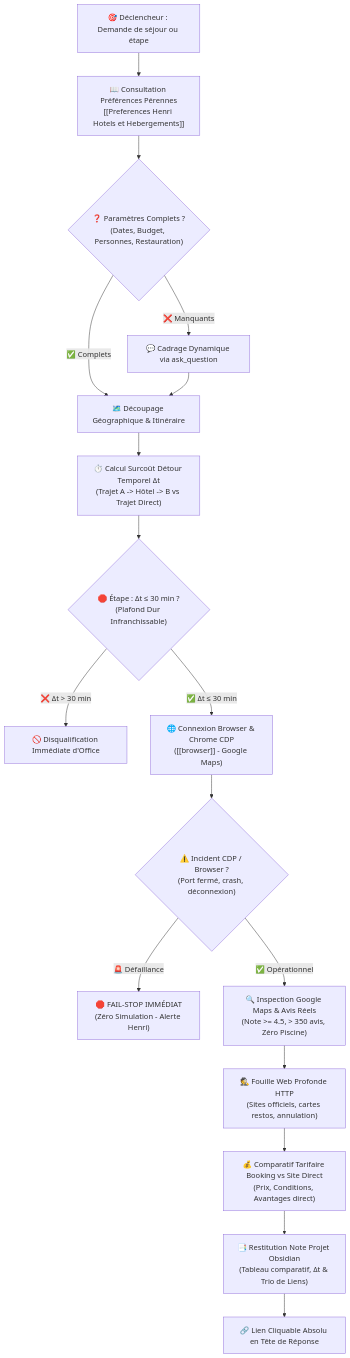
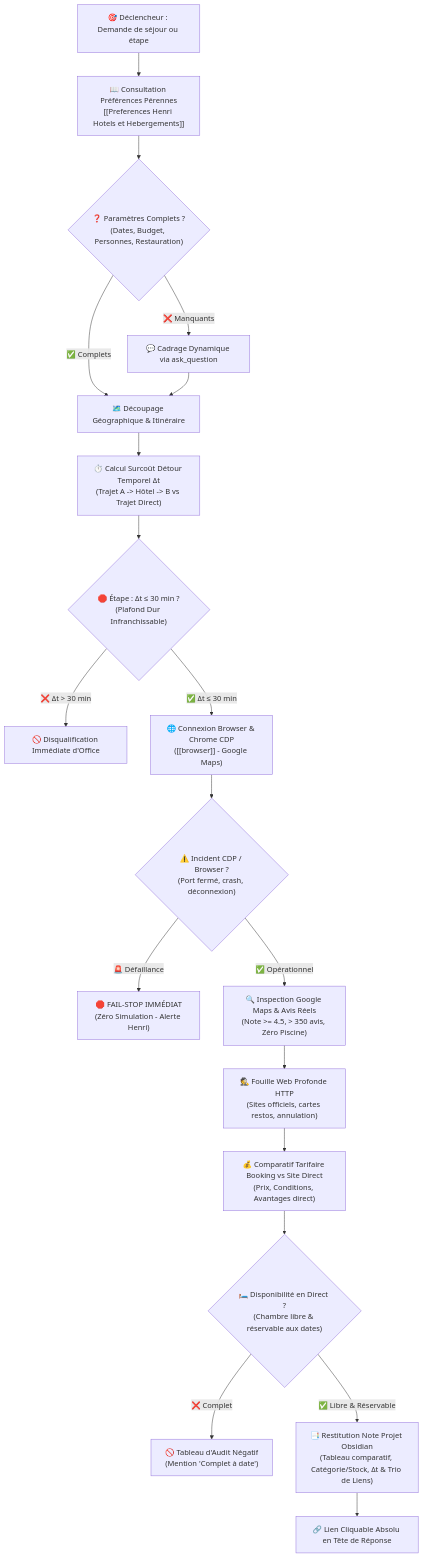
Before and after one commit to hjamet/cursor-memory-bank: the diagram in src/skills/hotel-scout/SKILL.md, drawn with Mermaid. The commit also changed other lines of this file, not shown here.

Commit message:
feat(hotel-scout): audit obligatoire des disponibilites reelles en direct

````diff
--- a/src/skills/hotel-scout/SKILL.md
+++ b/src/skills/hotel-scout/SKILL.md
@@ -8,19 +8,21 @@
 ```mermaid
 flowchart TD
     A["🎯 Déclencheur : Demande de séjour ou étape"] --> B["📖 Consultation Préférences Pérennes<br/>[[Preferences Henri Hotels et Hebergements]]"]
     B --> C{"❓ Paramètres Complets ?<br/>(Dates, Budget, Personnes, Restauration)"}
     C -->|❌ Manquants| D["💬 Cadrage Dynamique via ask_question"]
     C -->|✅ Complets| E["🗺️ Découpage Géographique & Itinéraire"]
     D --> E
     E --> F["⏱️ Calcul Surcoût Détour Temporel Δt<br/>(Trajet A -> Hôtel -> B vs Trajet Direct)"]
     F --> F_CHECK{"🛑 Étape : Δt ≤ 30 min ?<br/>(Plafond Dur Infranchissable)"}
     F_CHECK -->|❌ Δt > 30 min| F_DISQ["🚫 Disqualification Immédiate d'Office"]
     F_CHECK -->|✅ Δt ≤ 30 min| G["🌐 Connexion Browser & Chrome CDP<br/>([[browser]] - Google Maps)"]
     G --> H{"⚠️ Incident CDP / Browser ?<br/>(Port fermé, crash, déconnexion)"}
     H -->|🚨 Défaillance| I["🛑 FAIL-STOP IMMÉDIAT<br/>(Zéro Simulation - Alerte Henri)"]
     H -->|✅ Opérationnel| J["🔍 Inspection Google Maps & Avis Réels<br/>(Note >= 4.5, > 350 avis, Zéro Piscine)"]
     J --> K["🕵️ Fouille Web Profonde HTTP<br/>(Sites officiels, cartes restos, annulation)"]
     K --> L["💰 Comparatif Tarifaire Booking vs Site Direct<br/>(Prix, Conditions, Avantages direct)"]
-    L --> M["📑 Restitution Note Projet Obsidian<br/>(Tableau comparatif, Δt & Trio de Liens)"]
+    L --> DISPO{"🛏️ Disponibilité en Direct ?<br/>(Chambre libre & réservable aux dates)"}
+    DISPO -->|❌ Complet| ELIM["🚫 Tableau d'Audit Négatif<br/>(Mention 'Complet à date')"]
+    DISPO -->|✅ Libre & Réservable| M["📑 Restitution Note Projet Obsidian<br/>(Tableau comparatif, Catégorie/Stock, Δt & Trio de Liens)"]
     M --> N["🔗 Lien Cliquable Absolu en Tête de Réponse"]
 ```
````
